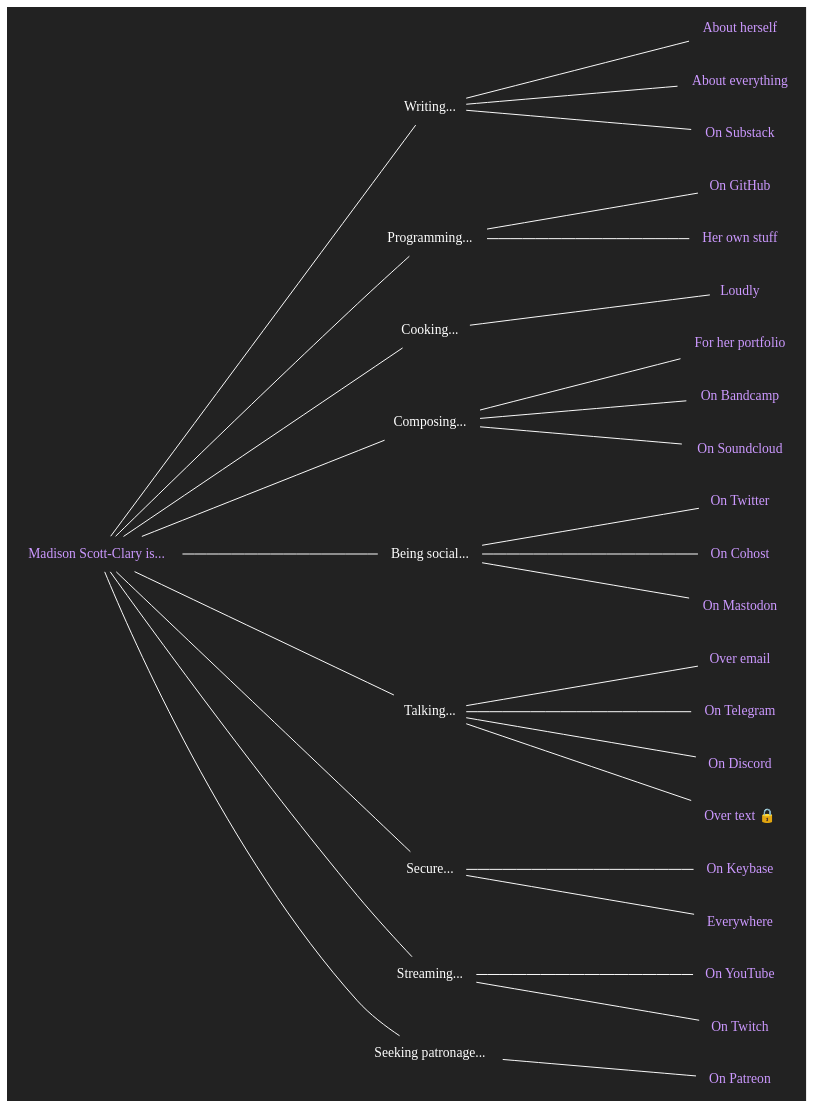
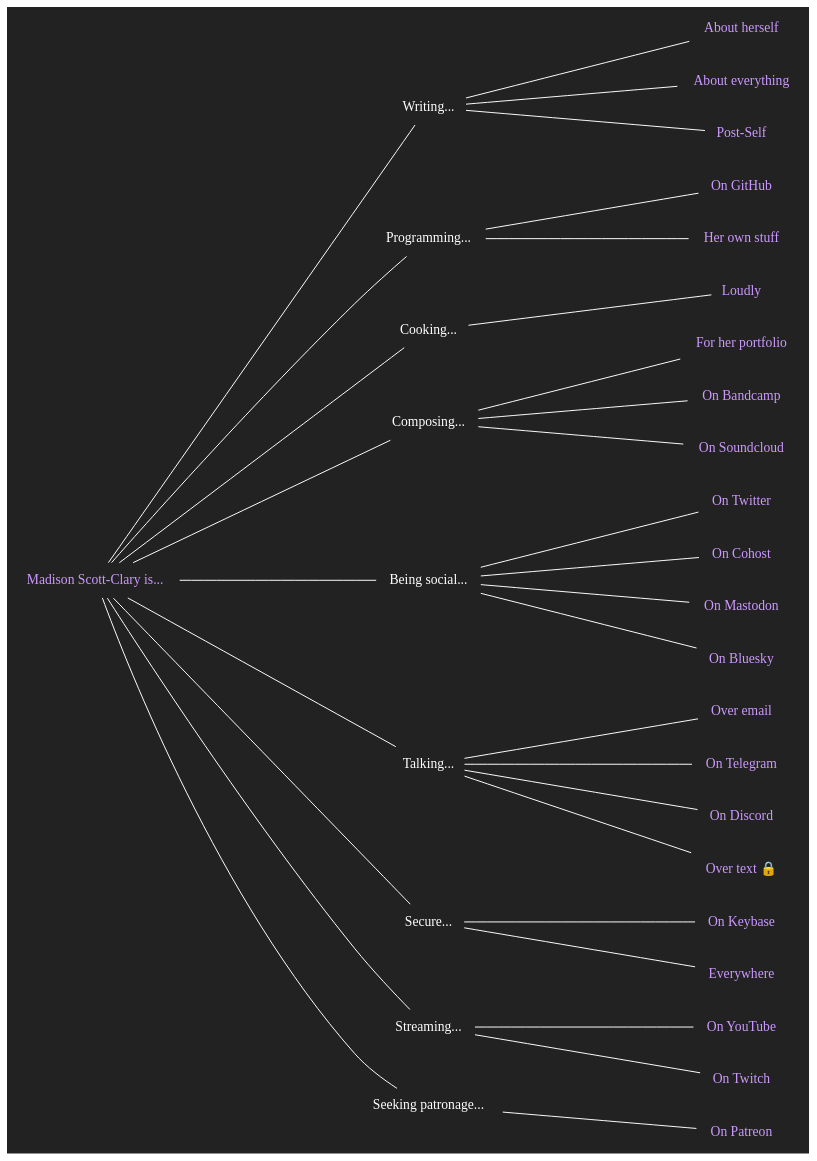
The diagram in is.dot (makyo/makyo.is), drawn with Graphviz before and after one commit. The commit also changed 5 other files, not shown here.

```diff
--- a/is.dot
+++ b/is.dot
@@ -1,73 +1,74 @@
 graph is {
-    node[shape="none",fontcolor="#ffffff",color="#ffffff",fontname="Helvetica bold"]
+    node[shape="none",fontcolor="#ffffff",color="#ffffff",fontname="Ubuntu"]
     edge[color="#ffffff"]
     graph[bgcolor="#222222",label="",margin="0",rankdir="LR",ranksep=2.5]
 
     copula [label="Madison Scott-Clary is...",fontcolor="#cc99ff",href="https://drab-makyo.com"]
 
     writing [label="Writing..."]
     /* writing_anything [label="Anything",fontcolor="#cc99ff",href="https://writing.drab-makyo.com"] 
      */
     writing_ally [label="About herself",fontcolor="#cc99ff",href="https://ally.id"]
     writing_portfolio [label="About everything",fontcolor="#cc99ff",href="https://makyo.ink"]
-    writing_substack [label="On Substack",fontcolor="#cc99ff",href="https://makyo.substack.com"]
-    copula -- writing -- { /* writing_anything, */ writing_ally, writing_portfolio, writing_substack }
+    writing_postself [label="Post-Self",fontcolor="#cc99ff",href="https://post-self.ink"]
+    copula -- writing -- { /* writing_anything, */ writing_ally, writing_portfolio, writing_postself }
 
     /*photography [label="Taking pictures..."]
     photography_flickr [label="On Flickr",fontcolor="#cc99ff",href="https://flickr.com/photos/ranna"]
     photography_portfolio [label="For her portfolio",fontcolor="#cc99ff",href="https://makyo.photography"]
     copula -- photography -- { photography_flickr, photography_portfolio }*/
 
     programming [label="Programming..."]
     programming_github [label="On GitHub",fontcolor="#cc99ff",href="https://github.com/makyo"]
     /* programming_launchpad [label="On Launchpad",fontcolor="#cc99ff",href="https://launchpad.net/~makyo"]
      */
     programming_personal [label="Her own stuff",fontcolor="#cc99ff",href="https://makyo.dev"]
     copula -- programming -- { programming_github, /*programming_launchpad,*/ programming_personal }
 
     cooking [label="Cooking..."]
     /*cooking_quietly [label="Quietly",fontcolor="#cc99ff",href="https://makyo.cooking"]
      */
     cooking_loudly [label="Loudly",fontcolor="#cc99ff",href="https://twitter.com/loudfood"]
     copula -- cooking -- { /*cooking_quietly,*/ cooking_loudly }
 
     composing [label="Composing..."]
     composing_portfolio [label="For her portfolio",fontcolor="#cc99ff",href="https://sounds.drab-makyo.com"]
     composing_bandcamp [label="On Bandcamp",fontcolor="#cc99ff",href="https://drab-makyo.bandcamp.com"]
     composing_soundcloud [label="On Soundcloud",fontcolor="#cc99ff",href="https://soundcloud.com/drabmakyo"]
     copula -- composing -- { composing_portfolio, composing_bandcamp, composing_soundcloud }
 
     social [label="Being social..."]
     social_twitter [label="On Twitter",fontcolor="#cc99ff",href="https://twitter.com/makyo_writes"]
     social_cohost [label="On Cohost",fontcolor="#cc99ff",href="https://cohost.org/makyo"]
-    social_mastodon [label="On Mastodon",fontcolor="#cc99ff",href="https://writing.exchange/@makyo"]
-    copula -- social -- { social_twitter, social_mastodon, social_cohost }
+    social_mastodon [label="On Mastodon",fontcolor="#cc99ff",href="https://awoo.space/@makyo"]
+    social_bluesky [label="On Bluesky",fontcolor="#cc99ff",href="https://bsky.app/profile/makyo.bsky.social"]
+    copula -- social -- { social_twitter, social_mastodon, social_cohost, social_bluesky }
 
     talking [label="Talking..."]
     talking_email [label="Over email",fontcolor="#cc99ff",href="mailto:makyo@drab-makyo.com"]
     talking_telegram [label="On Telegram",fontcolor="#cc99ff",href="https://t.me/DrabMakyo"]
     talking_discord [label="On Discord",fontcolor="#cc99ff",href="https://discord.com/users/Makyo#7093",title="Makyo#7093"]
     /*talking_matrix [label="On Matrix",fontcolor="#cc99ff",href="https://matrix.to/#/@makyo:drab-makyo.com"]
     talking_wire [label="On Wire",fontcolor="#cc99ff",href="/wire",title="@makyo"]*/
     talking_phone [label="Over text 🔒 ",fontcolor="#cc99ff",href="tel:3038185943"]
     copula -- talking -- { talking_email, talking_telegram, talking_discord, talking_phone /*, talking_matrix, talking_wire*/ }
 
     /*working [label="Working..."]
     working_digitalocean [label="At DigitalOcean",fontcolor="#cc99ff",href="https://digitalocean.com"]
     working_hybrid [label="At Hybrid Ink, LLC",fontcolor="#cc99ff",href="https://hybrid.ink"] 
     copula -- working -- { working_hybrid, working_digitalocean }*/
 
     secure [label="Secure..."]
     secure_keybase [label="On Keybase",fontcolor="#cc99ff",href="https://keybase.io/makyo"]
     secure_everywhere [label="Everywhere",fontcolor="#cc99ff",href="https://drab-makyo.com/pgp"]
     copula -- secure -- { secure_everywhere, secure_keybase }
 
     playing [label="Streaming..."]
     playing_youtube [label="On YouTube",fontcolor="#cc99ff",href="https://www.youtube.com/@ephahvix"]
     playing_twitch [label="On Twitch",fontcolor="#cc99ff",href="https://twitch.tv/ephahvix"]
     copula -- playing -- { playing_youtube, playing_twitch }
 
     patron [label="Seeking patronage..."]
     patron_patreon [label="On Patreon",fontcolor="#cc99ff",href="https://patreon.com/makyo"]
     copula -- patron -- { patron_patreon }
 }
```
